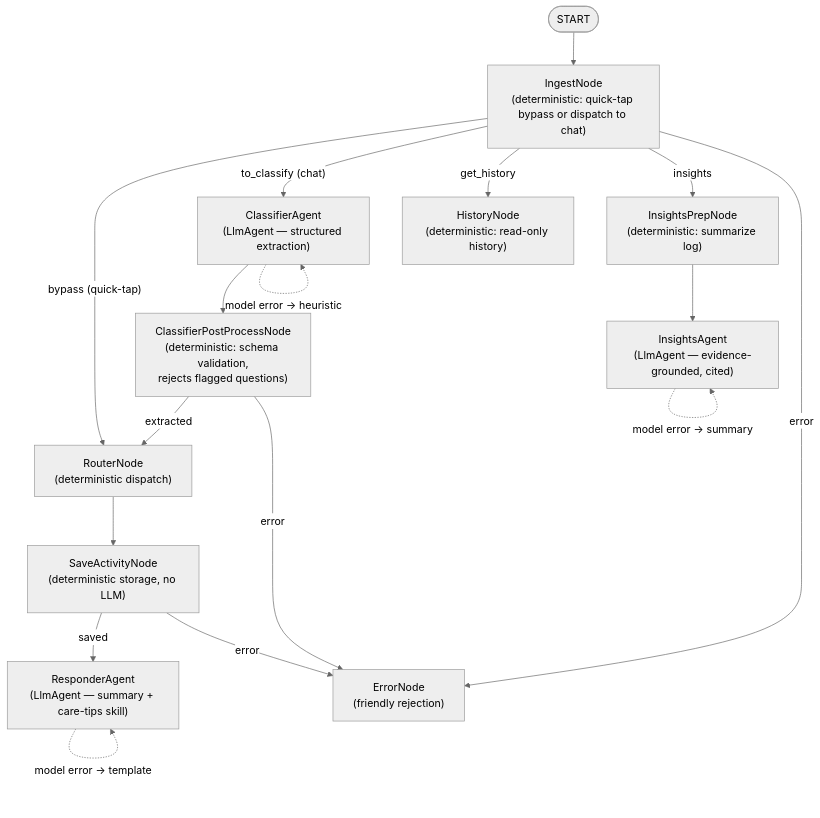
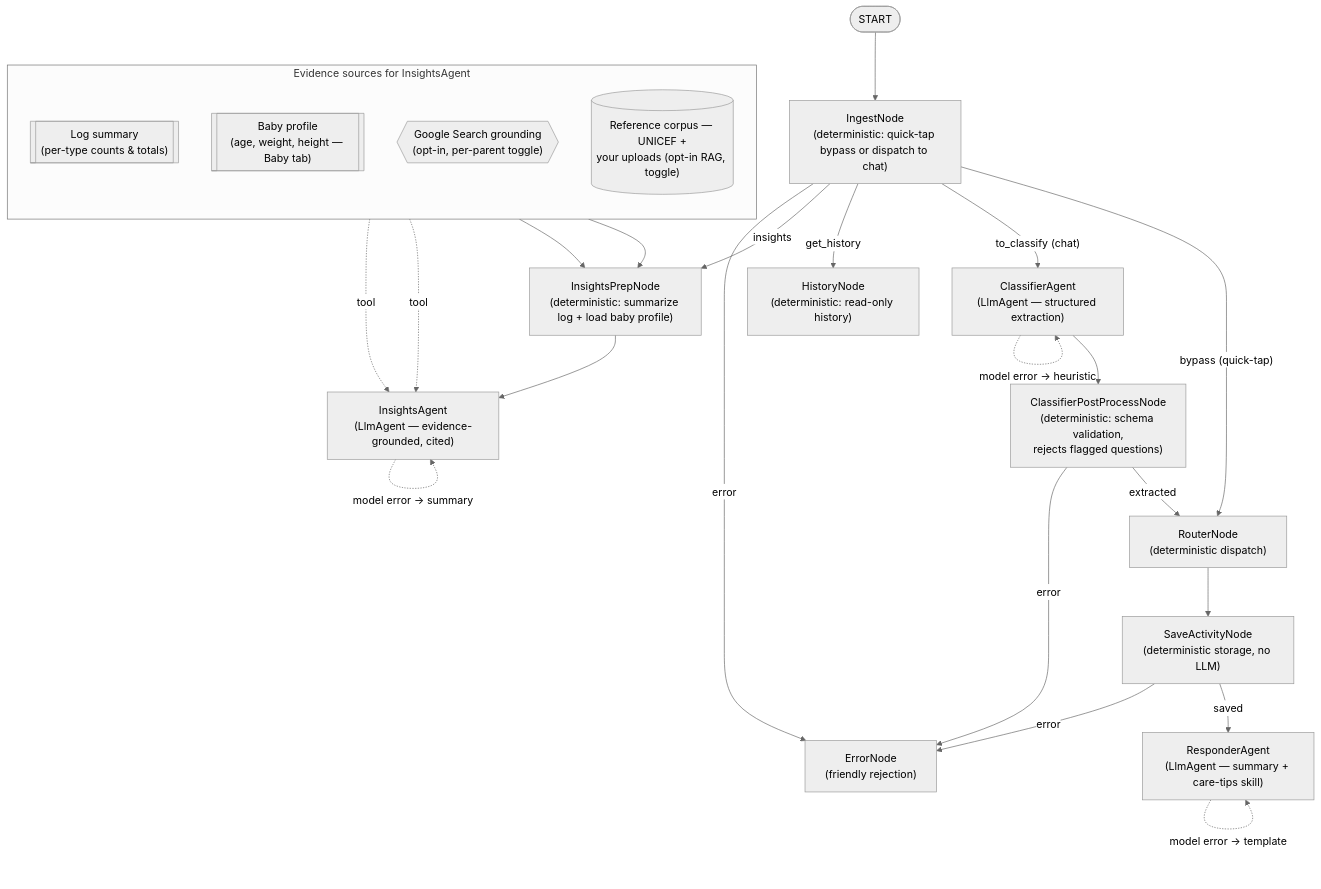
The diagram in README.md (oslinin/nanny), drawn with Mermaid (neutral theme) before and after one commit. The commit also changed other lines of this file and 7 other files, not shown here.

First line of the commit message:
Delete the child-guidance skill; show insight sources in the graph

````diff
--- a/README.md
+++ b/README.md
@@ -21,32 +21,45 @@
 ```mermaid
 flowchart TD
     START([START])
     Ingest["IngestNode<br>(deterministic: quick-tap bypass or dispatch to chat)"]
     Classifier["ClassifierAgent<br>(LlmAgent — structured extraction)"]
     Postprocess["ClassifierPostProcessNode<br>(deterministic: schema validation,<br>rejects flagged questions)"]
     Router["RouterNode<br>(deterministic dispatch)"]
     Save["SaveActivityNode<br>(deterministic storage, no LLM)"]
     Responder["ResponderAgent<br>(LlmAgent — summary + care-tips skill)"]
     History["HistoryNode<br>(deterministic: read-only history)"]
-    InsightsPrep["InsightsPrepNode<br>(deterministic: summarize log)"]
+    InsightsPrep["InsightsPrepNode<br>(deterministic: summarize log + load baby profile)"]
     Insights["InsightsAgent<br>(LlmAgent — evidence-grounded, cited)"]
     ErrorNode["ErrorNode<br>(friendly rejection)"]
 
     START --> Ingest
     Ingest -- "bypass (quick-tap)" --> Router
     Ingest -- "to_classify (chat)" --> Classifier
     Ingest -- "get_history" --> History
     Ingest -- "insights" --> InsightsPrep
     InsightsPrep --> Insights
     Ingest -- "error" --> ErrorNode
     Classifier --> Postprocess
     Postprocess -- "extracted" --> Router
     Postprocess -- "error" --> ErrorNode
     Router --> Save
     Save -- "saved" --> Responder
     Save -- "error" --> ErrorNode
 
+    subgraph Sources["Evidence sources for InsightsAgent"]
+        direction TB
+        LogSummary[["Log summary<br>(per-type counts & totals)"]]
+        BabyProfile[["Baby profile<br>(age, weight, height — Baby tab)"]]
+        GoogleSearch{{"Google Search grounding<br>(opt-in, per-parent toggle)"}}
+        RefCorpus[("Reference corpus — UNICEF +<br>your uploads (opt-in RAG, toggle)")]
+    end
+
+    LogSummary --> InsightsPrep
+    BabyProfile --> InsightsPrep
+    GoogleSearch -. "tool" .-> Insights
+    RefCorpus -. "tool" .-> Insights
+
     Classifier -. "model error → heuristic" .-> Classifier
     Responder -. "model error → template" .-> Responder
     Insights -. "model error → summary" .-> Insights
 ```
````
